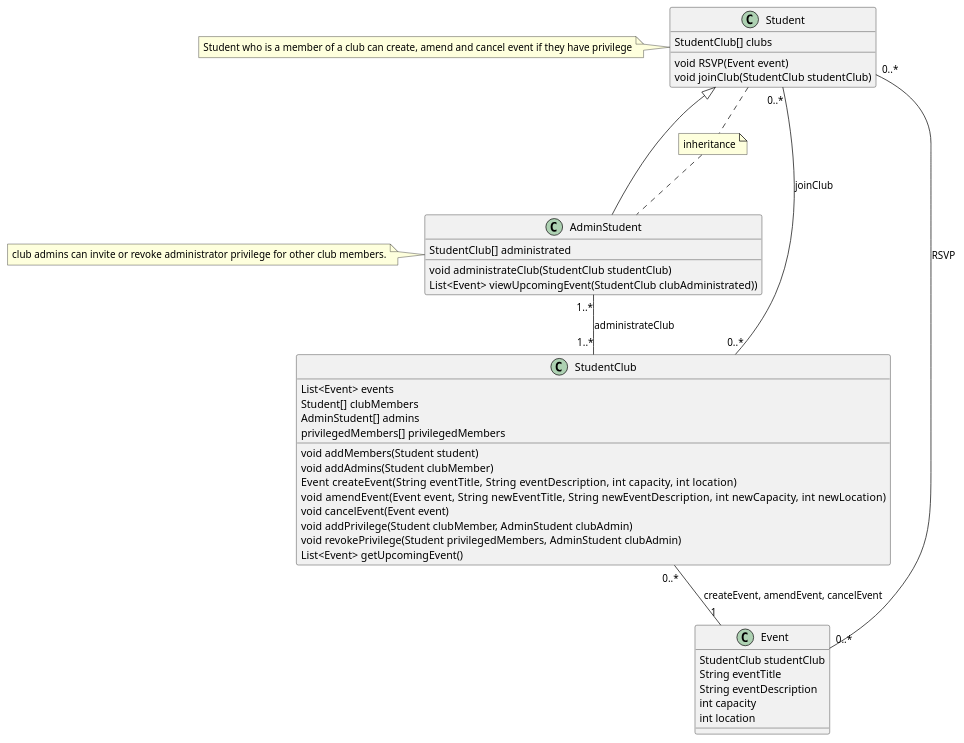
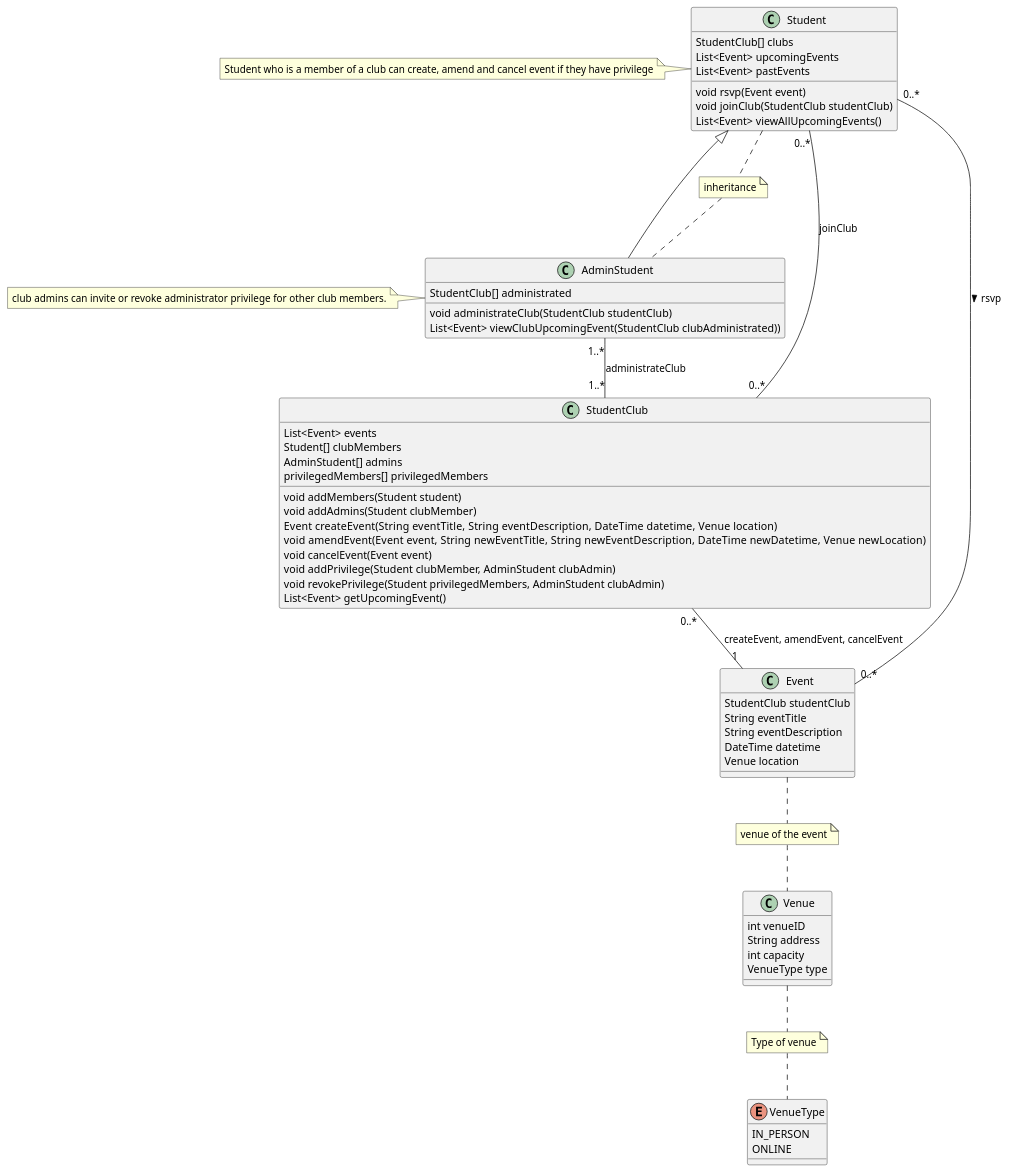
Before and after one commit to PatLi315/StudentClub: the diagram in docs/part1/events_management_domain_model.puml, drawn with PlantUML.

Commit message:
Complete the domain model diagram for the third paragraph of application domain except the last sentence

```diff
--- a/docs/part1/events_management_domain_model.puml
+++ b/docs/part1/events_management_domain_model.puml
@@ -1,56 +1,76 @@
 @startuml
 class Student {
     StudentClub[] clubs
-    void RSVP(Event event)
+    List<Event> upcomingEvents
+    List<Event> pastEvents
+    void rsvp(Event event)
     void joinClub(StudentClub studentClub)
+    List<Event> viewAllUpcomingEvents()
 }
 note left of Student: Student who is a member of a club can create, amend and cancel event if \
 they have privilege
 
 class AdminStudent extends Student {
     StudentClub[] administrated
     void administrateClub(StudentClub studentClub)
-    List<Event> viewUpcomingEvent(StudentClub clubAdministrated))
+    List<Event> viewClubUpcomingEvent(StudentClub clubAdministrated))
 }
 note left of AdminStudent: club admins can invite or revoke administrator privilege \
 for other club members.
 
 note "inheritance" as N1
 Student .. N1
 N1 .. AdminStudent
 
-
 class StudentClub {
     List<Event> events
     Student[] clubMembers
     AdminStudent[] admins
     privilegedMembers[] privilegedMembers
     void addMembers(Student student)
     void addAdmins(Student clubMember)
-    Event createEvent(String eventTitle, String eventDescription, int capacity, \
-    int location)
+    Event createEvent(String eventTitle, String eventDescription, DateTime datetime, \
+    Venue location)
     void amendEvent(Event event, String newEventTitle, String newEventDescription, \
-    int newCapacity, int newLocation)
+    DateTime newDatetime, Venue newLocation)
     void cancelEvent(Event event)
     void addPrivilege(Student clubMember, AdminStudent clubAdmin)
     void revokePrivilege(Student privilegedMembers, AdminStudent clubAdmin)
     List<Event> getUpcomingEvent()
 }
 
+class Venue {
+    int venueID
+    String address
+    int capacity
+    VenueType type
+}
+
+enum VenueType {
+    IN_PERSON
+    ONLINE
+}
 
 class Event {
     StudentClub studentClub
     String eventTitle
     String eventDescription
-    int capacity
-    int location
+    DateTime datetime
+    Venue location
 }
 
-Student "0..*" -- "0..*" Event : RSVP
+note "venue of the event" as N2
+Event .. N2
+N2 .. Venue
+note "Type of venue" as N3
+Venue .. N3
+N3 .. VenueType
+
+Student "0..*" -- "0..*" Event : rsvp >
 AdminStudent "1..*" -- "1..*" StudentClub : administrateClub
 Student "0..*" -- "0..*" StudentClub : joinClub
 StudentClub "0..*" -- "1" Event : createEvent, amendEvent, cancelEvent
 
 
 
 @enduml
```
